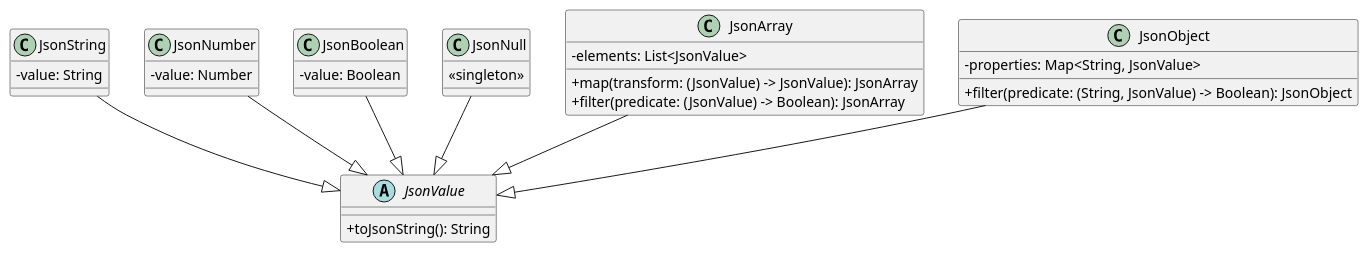
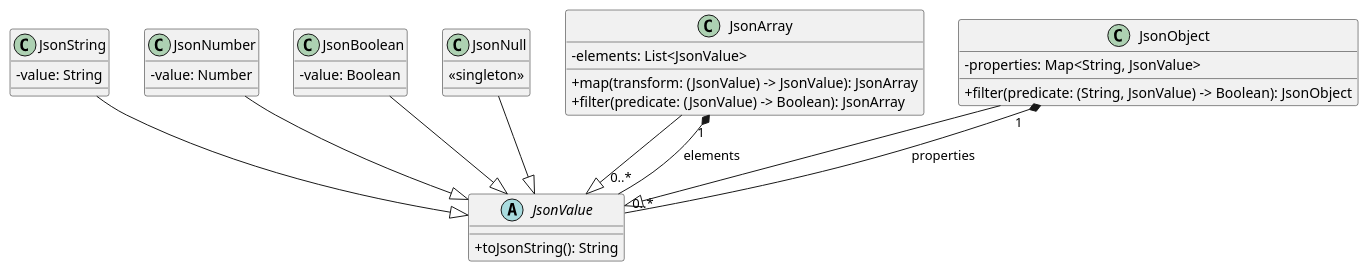
One commit to adelaide-iscte/kotlin-json-lib changed the diagram in json_model.puml. Above: the diagram before and after it, drawn with PlantUML. The commit also changed 151 other files, not shown here.

```diff
--- a/json_model.puml
+++ b/json_model.puml
@@ -1,43 +1,49 @@
 @startuml
 skinparam classAttributeIconSize 0
 
 ' Classe base
 abstract class JsonValue {
   + toJsonString(): String
 }
 
 ' Tipos simples
 class JsonString {
   - value: String
 }
 class JsonNumber {
   - value: Number
 }
 class JsonBoolean {
   - value: Boolean
 }
 class JsonNull {
   <<singleton>>
 }
 
 ' Tipos compostos
 class JsonArray {
   - elements: List<JsonValue>
   + map(transform: (JsonValue) -> JsonValue): JsonArray
   + filter(predicate: (JsonValue) -> Boolean): JsonArray
 }
 
 class JsonObject {
   - properties: Map<String, JsonValue>
   + filter(predicate: (String, JsonValue) -> Boolean): JsonObject
 }
 
 ' Ligações de herança
 JsonString --|> JsonValue
 JsonNumber --|> JsonValue
 JsonBoolean --|> JsonValue
 JsonNull --|> JsonValue
 JsonArray --|> JsonValue
 JsonObject --|> JsonValue
 
+' Composição: JsonArray tem vários JsonValues
+JsonArray "1" *-- "0..*" JsonValue : elements
+
+' Composição: JsonObject tem vários JsonValues
+JsonObject "1" *-- "0..*" JsonValue : properties
+
 @enduml
```
